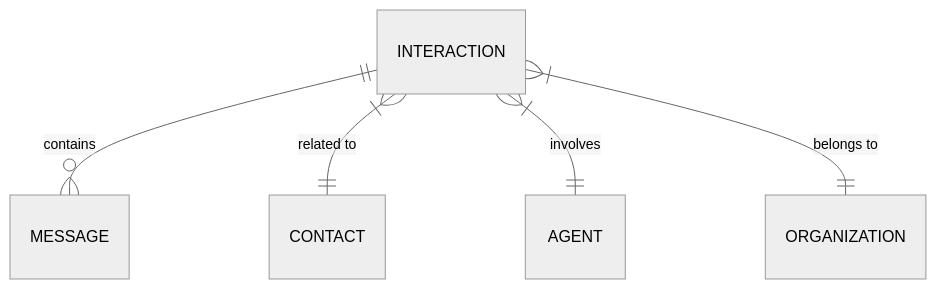
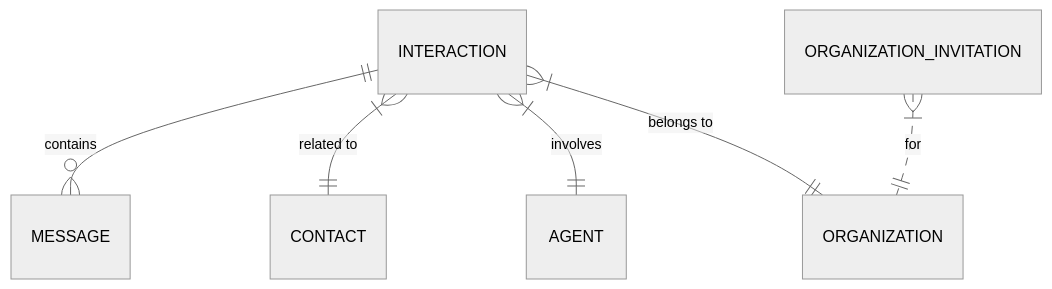
Before and after one commit to rhfdls/emma-clean: the second of 2 diagrams in docs/reference/AppDbContextSchema.md, drawn with Mermaid (neutral theme). The commit also changed other lines of this file and 63 other files, not shown here.

````diff
--- a/docs/reference/AppDbContextSchema.md
+++ b/docs/reference/AppDbContextSchema.md
@@ -118,7 +141,8 @@
 ```mermaid
 erDiagram
     INTERACTION ||--o{ MESSAGE : contains
     INTERACTION }|--|| CONTACT : "related to"
     INTERACTION }|--|| AGENT : "involves"
     INTERACTION }|--|| ORGANIZATION : "belongs to"
+    ORGANIZATION_INVITATION }|..|| ORGANIZATION : "for"
 ```
````
